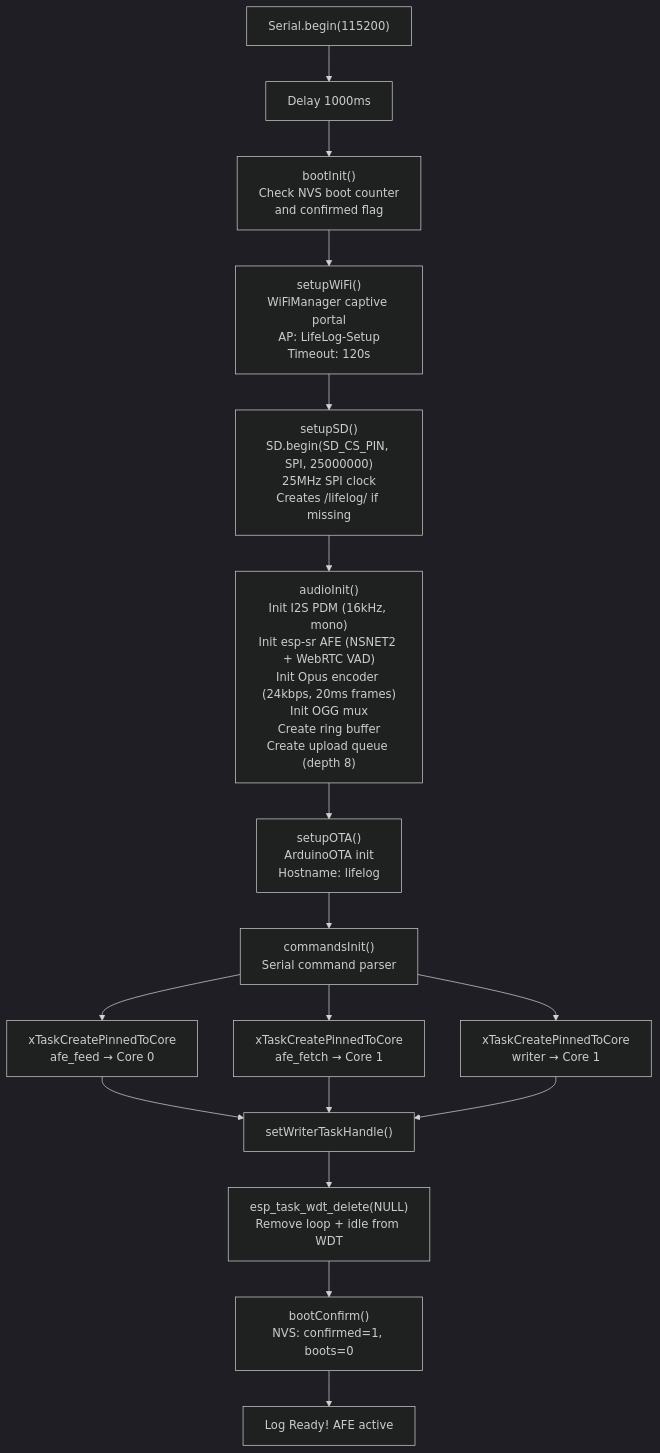
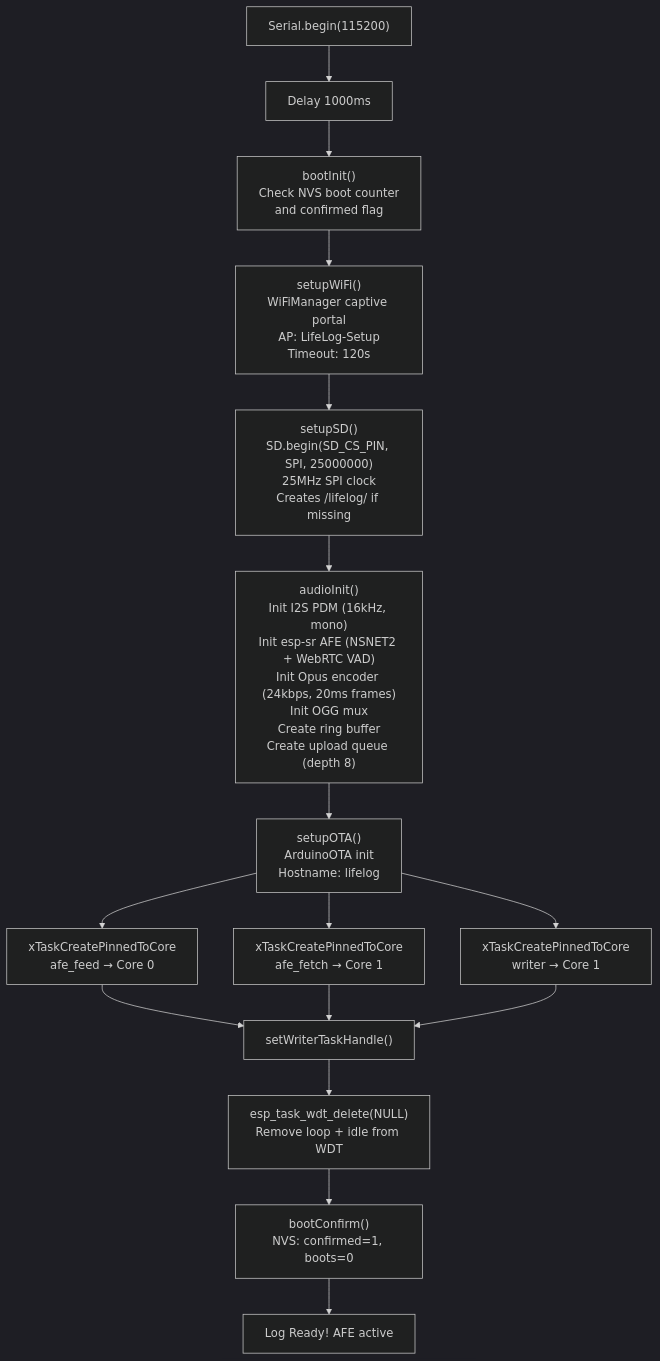
One commit to dlgreenwald/lifelog changed the sixth of 7 diagrams in firmware-ota/ARCHITECTURE.md. Above: the diagram before and after it, drawn with Mermaid (dark theme). The commit also changed other lines of this file and 2 other files, not shown here.

Commit message:
docs: update AGENTS.md and ARCHITECTURE.md for firmware audit changes
- Update firmware test count: 38→66 across all references
- Update total test count: 219→247
- Remove commands.cpp/commands.h from key files table
- Add oauth2_client.cpp/h to key files table
- Update auth description: X-API-Key → OAuth2 device code flow
- Remove serial commands section (commands.cpp deleted)
- Fix startup sequence diagram (remove commandsInit step)
- Update log levels list (remove CMD, add OAUTH)
- Update test categories to match actual test suite

````diff
--- a/firmware-ota/ARCHITECTURE.md
+++ b/firmware-ota/ARCHITECTURE.md
@@ -240,19 +240,18 @@
 ```mermaid
 flowchart TB
     A["Serial.begin(115200)"] --> B["Delay 1000ms"]
     B --> C["bootInit()<br/>Check NVS boot counter<br/>and confirmed flag"]
     C --> D["setupWiFi()<br/>WiFiManager captive portal<br/>AP: LifeLog-Setup<br/>Timeout: 120s"]
     D --> E["setupSD()<br/>SD.begin(SD_CS_PIN, SPI, 25000000)<br/>25MHz SPI clock<br/>Creates /lifelog/ if missing"]
     E --> F["audioInit()<br/>Init I2S PDM (16kHz, mono)<br/>Init esp-sr AFE (NSNET2 + WebRTC VAD)<br/>Init Opus encoder (24kbps, 20ms frames)<br/>Init OGG mux<br/>Create ring buffer<br/>Create upload queue (depth 8)"]
     F --> G["setupOTA()<br/>ArduinoOTA init<br/>Hostname: lifelog"]
-    G --> H["commandsInit()<br/>Serial command parser"]
-    H --> I["xTaskCreatePinnedToCore<br/>afe_feed → Core 0"]
-    H --> J["xTaskCreatePinnedToCore<br/>afe_fetch → Core 1"]
-    H --> K["xTaskCreatePinnedToCore<br/>writer → Core 1"]
-    I --> L["setWriterTaskHandle()"]
-    J --> L
-    K --> L
-    L --> M["esp_task_wdt_delete(NULL)<br/>Remove loop + idle from WDT"]
-    M --> N["bootConfirm()<br/>NVS: confirmed=1, boots=0"]
-    N --> O["Log Ready! AFE active"]
+    G --> H["xTaskCreatePinnedToCore<br/>afe_feed → Core 0"]
+    G --> I["xTaskCreatePinnedToCore<br/>afe_fetch → Core 1"]
+    G --> J["xTaskCreatePinnedToCore<br/>writer → Core 1"]
+    H --> K["setWriterTaskHandle()"]
+    I --> K
+    J --> K
+    K --> L["esp_task_wdt_delete(NULL)<br/>Remove loop + idle from WDT"]
+    L --> M["bootConfirm()<br/>NVS: confirmed=1, boots=0"]
+    M --> N["Log Ready! AFE active"]
 ```
````
